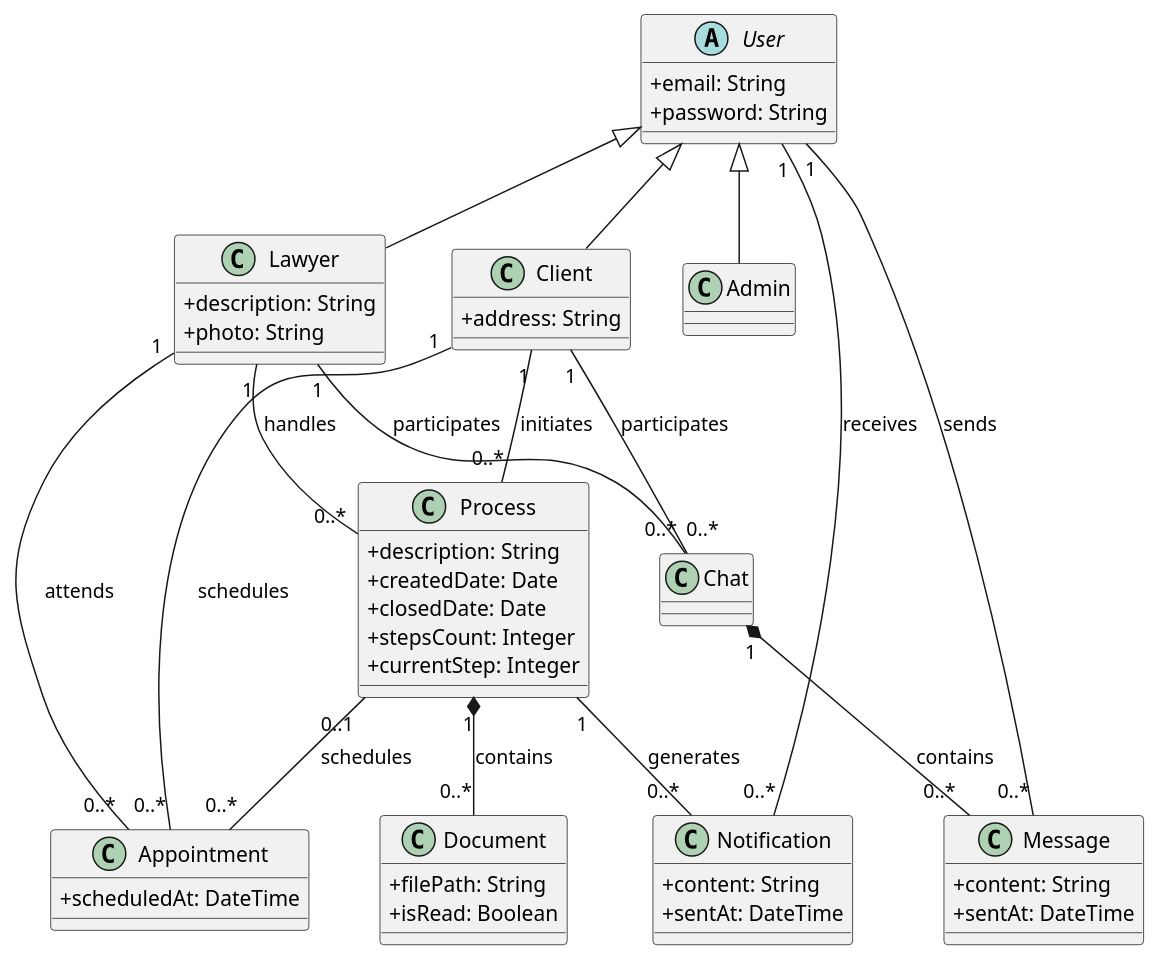
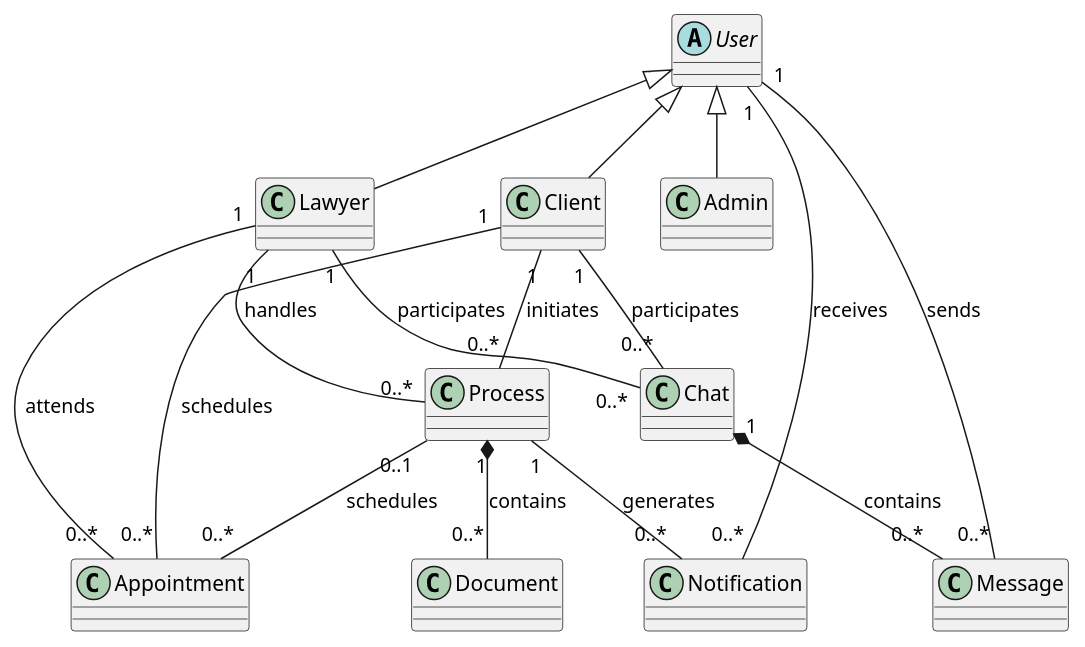
Before and after one commit to leticia-003/Consilium: the diagram in documentation/Domain_model_code.puml, drawn with PlantUML. The commit also changed 1 other file, not shown here.

```diff
--- a/documentation/Domain_model_code.puml
+++ b/documentation/Domain_model_code.puml
@@ -1,84 +1,57 @@
 @startuml
 skinparam classAttributeIconSize 0
 
 ' ===========================
 ' Domain Model
 ' ===========================
 
-abstract class User {
-    +email: String
-    +password: String
-}
+abstract class User {}
 
 User <|-- Client
 User <|-- Lawyer
 User <|-- Admin
 
-class Client {
-    +address: String
-}
+class Client {}
 
-class Lawyer {
-    +description: String
-    +photo: String
-}
+class Lawyer {}
 
-class Admin {
-}
+class Admin {}
 
-class Process {
-    +description: String
-    +createdDate: Date
-    +closedDate: Date
-    +stepsCount: Integer
-    +currentStep: Integer
-}
+class Process {}
 
-class Document {
-    +filePath: String
-    +isRead: Boolean
-}
+class Document {}
 
-class Notification {
-    +content: String
-    +sentAt: DateTime
-}
+class Notification {}
 
-class Chat {
-}
+class Chat {}
 
-class Message {
-    +content: String
-    +sentAt: DateTime
-}
+class Message {}
 
-class Appointment {
-    +scheduledAt: DateTime
-}
+class Appointment {}
 
 ' ===========================
 ' Relationships
 ' ===========================
 
 ' Processes
 Client "1" -- "0..*" Process : initiates
 Lawyer "1" -- "0..*" Process : handles
 
 Process "1" *-- "0..*" Document : contains
 Process "1" -- "0..*" Notification : generates
 Process "0..1" -- "0..*" Appointment : schedules
 
 ' Notifications now linked to User (not Client)
 User "1" -- "0..*" Notification : receives
 
 ' Chat & Messaging
 Client "1" -- "0..*" Chat : participates
 Lawyer "1" -- "0..*" Chat : participates
 Chat "1" *-- "0..*" Message : contains
 User "1" -- "0..*" Message : sends
 
 ' Appointments
 Client "1" -- "0..*" Appointment : schedules
 Lawyer "1" -- "0..*" Appointment : attends
 
 @enduml
```
